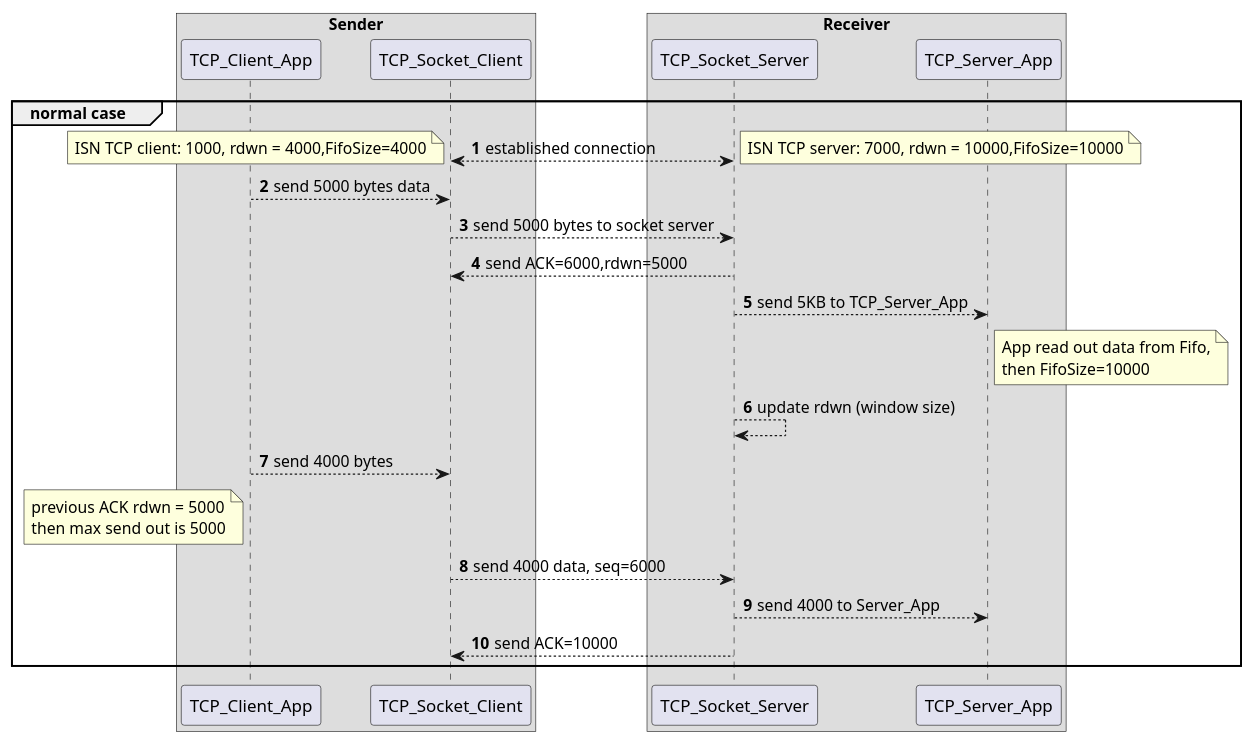
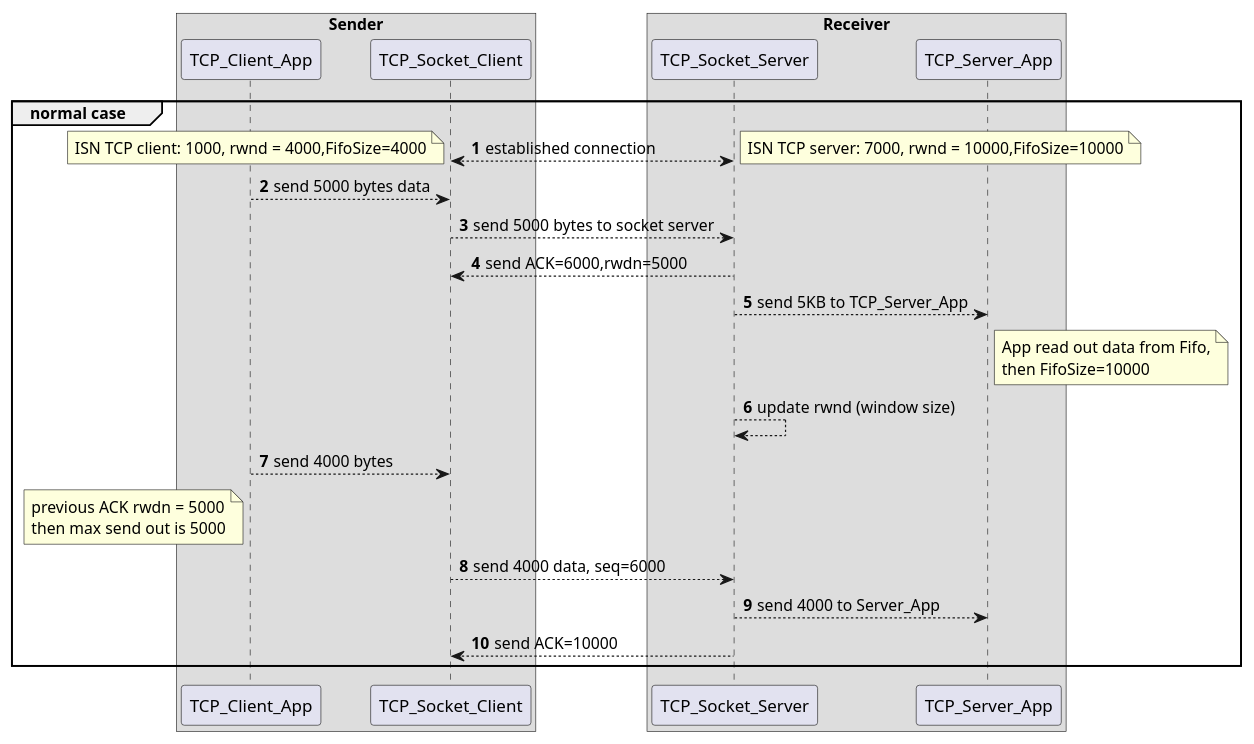
One commit to kevintruong/kevin-blogs changed the third of 3 diagrams in content/blogs/networking/TCP-TLS-what-you-need-to-know.adoc. Above: the diagram before and after it, drawn with PlantUML. The commit also changed other lines of this file, not shown here.

Commit message:
update TCP blogs

```diff
--- a/content/blogs/networking/TCP-TLS-what-you-need-to-know.adoc
+++ b/content/blogs/networking/TCP-TLS-what-you-need-to-know.adoc
@@ -362,39 +362,39 @@
 [plantuml,tcp_flow_control,svg,align="center"]
 ----
 box "Sender"
     participant TCP_Client_App
     participant TCP_Socket_Client
 end box
 
 box "Receiver"
     participant TCP_Socket_Server
     participant TCP_Server_App
 end box
 
 group normal case
     autonumber
     TCP_Socket_Client <--> TCP_Socket_Server : established connection
-    note left: ISN TCP client: 1000, rdwn = 4000,FifoSize=4000
-    note right: ISN TCP server: 7000, rdwn = 10000,FifoSize=10000
+    note left: ISN TCP client: 1000, rwnd = 4000,FifoSize=4000
+    note right: ISN TCP server: 7000, rwnd = 10000,FifoSize=10000
 
     TCP_Client_App --> TCP_Socket_Client : send 5000 bytes data
     TCP_Socket_Client --> TCP_Socket_Server : send 5000 bytes to socket server
-    TCP_Socket_Client <-- TCP_Socket_Server: send ACK=6000,rdwn=5000
+    TCP_Socket_Client <-- TCP_Socket_Server: send ACK=6000,rwdn=5000
 
     TCP_Socket_Server --> TCP_Server_App: send 5KB to TCP_Server_App
     note right of TCP_Server_App
         App read out data from Fifo,
         then FifoSize=10000
     end note
-    TCP_Socket_Server --> TCP_Socket_Server: update rdwn (window size)
+    TCP_Socket_Server --> TCP_Socket_Server: update rwnd (window size)
 
     TCP_Client_App --> TCP_Socket_Client: send 4000 bytes
     note left of TCP_Client_App
-        previous ACK rdwn = 5000
+        previous ACK rwdn = 5000
         then max send out is 5000
     end note
     TCP_Socket_Client --> TCP_Socket_Server: send 4000 data, seq=6000
     TCP_Socket_Server --> TCP_Server_App: send 4000 to Server_App
     TCP_Socket_Client <-- TCP_Socket_Server: send ACK=10000
 end
 ----
```
